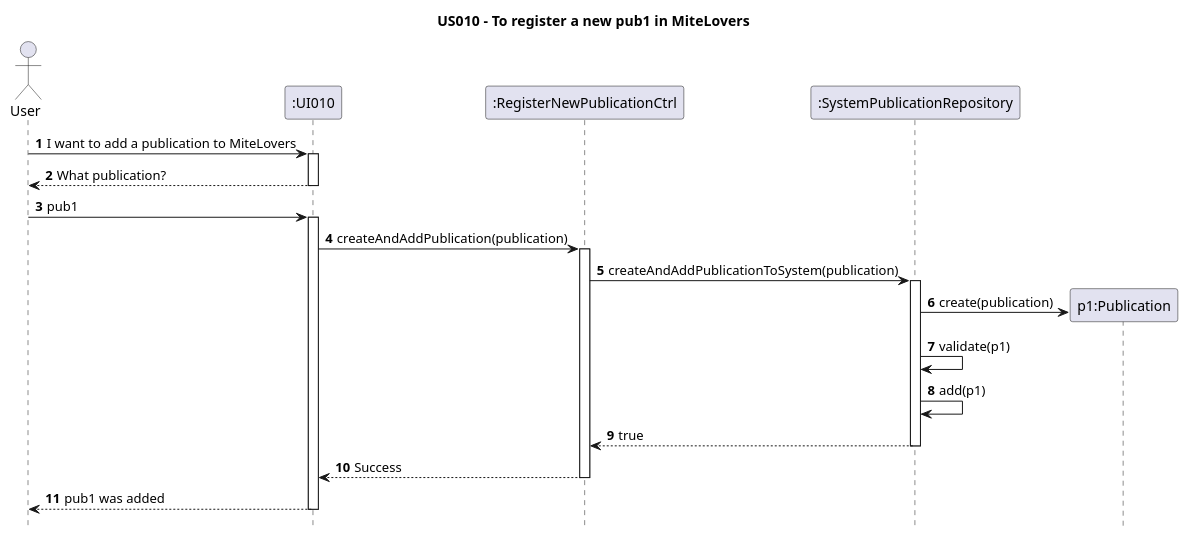
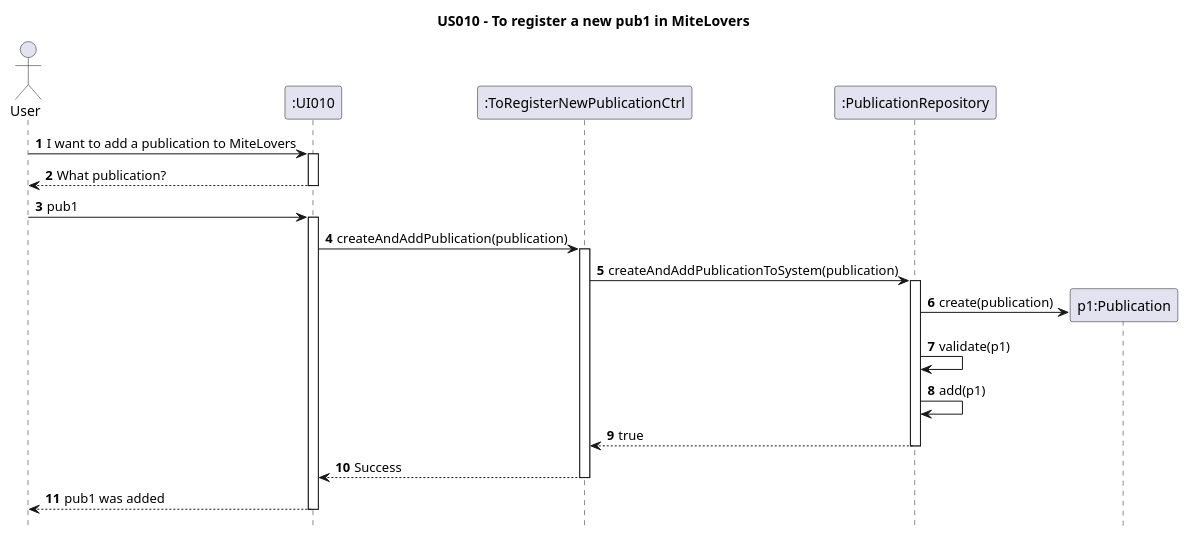
The diagram in Diagrams/SequenceDiagrams/N2/US010-to-register-a-publication-to-add-to-library.puml (AndrePereiraGitH/SWitCH-Project-Team_A), drawn with PlantUML before and after one commit. The commit also changed 14 other files, not shown here.

Commit message:
Working on #124, #125, #126, #127, #128. Corrected small mistakes in diagrams, created controller classes for controllers (and their tests) in US008 and US010, updated tests for City, CityRepo and Publication(@inesgiesteira)

```diff
--- a/Diagrams/SequenceDiagrams/N2/US010-to-register-a-publication-to-add-to-library.puml
+++ b/Diagrams/SequenceDiagrams/N2/US010-to-register-a-publication-to-add-to-library.puml
@@ -1,49 +1,49 @@
 @startuml
 hide footbox
 autonumber
 title US010 - To register a new pub1 in MiteLovers
 
 ' As a User, I want to register a new publication
 ' in the system, so that I can add the
 ' publication to my library.
 
 
 actor User
 participant ":UI010" as UI
 
 
 
-participant ":RegisterNewPublicationCtrl" as Ctrl
+participant ":ToRegisterNewPublicationCtrl" as Ctrl
 
-participant ":SystemPublicationRepository" as SystemRepo
+participant ":PublicationRepository" as SystemRepo
 
 
 ' Publication is to be treated the same as "Item", supposedly
 
 User -> UI : I want to add a publication to MiteLovers
 activate UI
 UI --> User : What publication?
 deactivate UI
 User -> UI : pub1
 activate UI
 UI -> Ctrl : createAndAddPublication(publication)
 activate Ctrl
 Ctrl -> SystemRepo : createAndAddPublicationToSystem(publication)
 activate SystemRepo
 create "p1:Publication" as pub1
 SystemRepo -> pub1: create(publication)
 
 
 SystemRepo -> SystemRepo : validate(p1)
 SystemRepo -> SystemRepo : add(p1)
 
 SystemRepo --> Ctrl : true
 deactivate SystemRepo
 Ctrl --> UI : Success
 deactivate Ctrl
 UI --> User : pub1 was added
 deactivate UI
 
 
 
 @enduml
```
